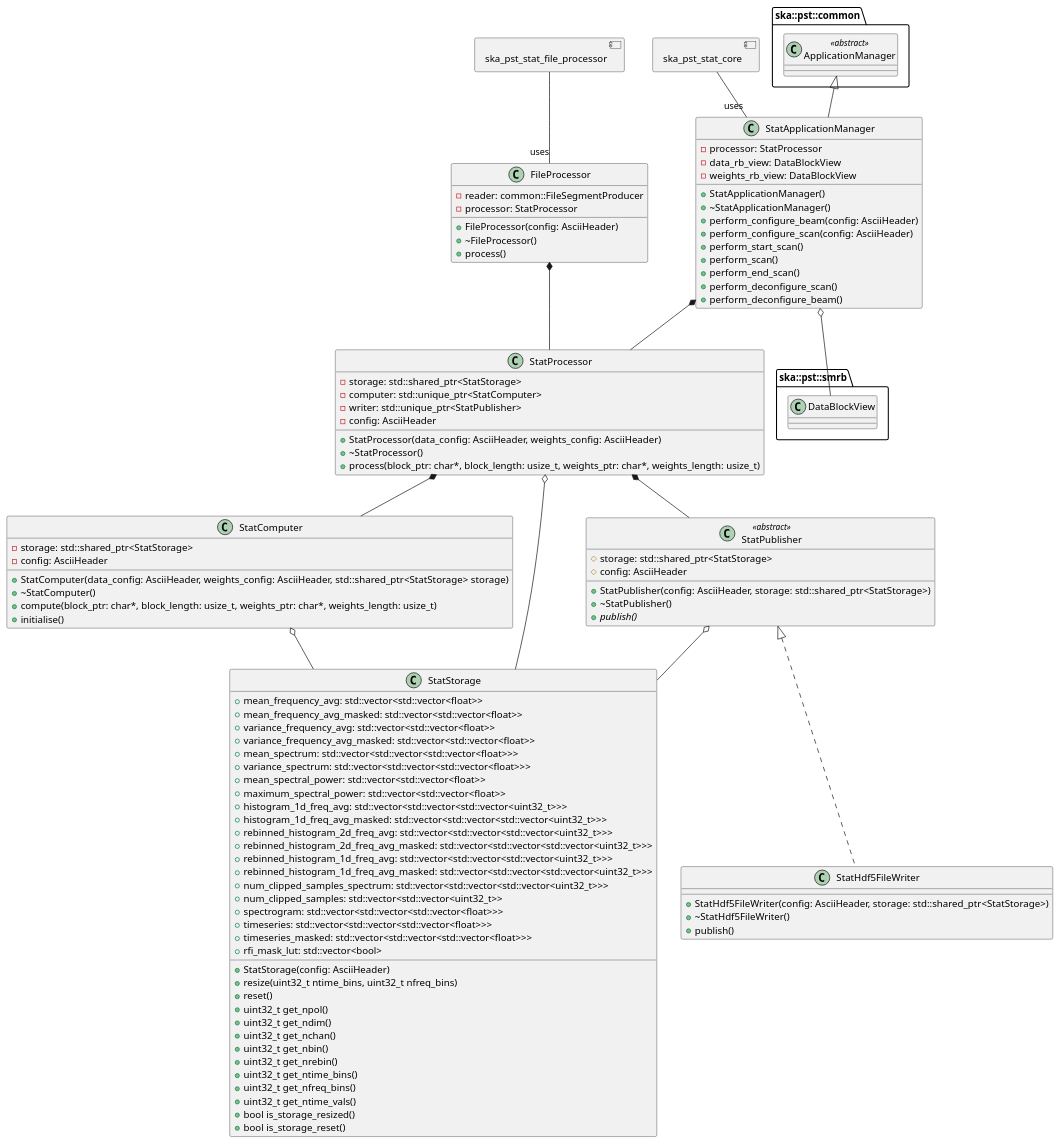
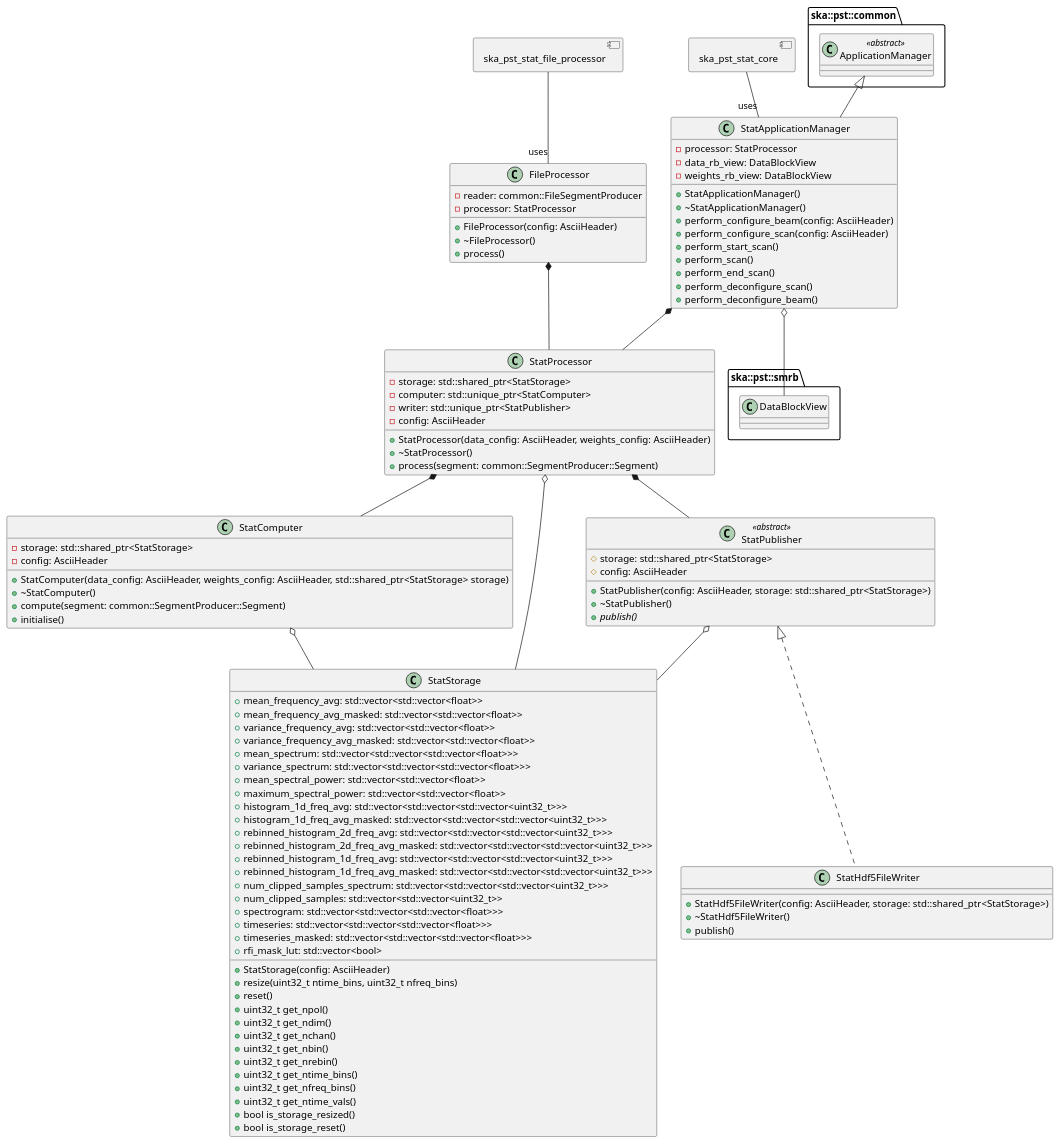
Before and after one commit to ska-telescope/ska-pst-stat: the diagram in docs/src/architecture/class_diagram.puml, drawn with PlantUML. The commit also changed 2 other files, not shown here.

Commit message:
AT3-517 document that StatComputer and StatProcessor now use SegmentProducer::Segment

```diff
--- a/docs/src/architecture/class_diagram.puml
+++ b/docs/src/architecture/class_diagram.puml
@@ -1,121 +1,121 @@
 @startuml PST Stat Class Diagram
 allow_mixing
 
 package ska::pst::common {
   class ApplicationManager <<abstract>>
 
 }
 package ska::pst::smrb {
   class DataBlockView
 }
 
 class StatApplicationManager {
   + StatApplicationManager()
   + ~StatApplicationManager()
   + perform_configure_beam(config: AsciiHeader)
   + perform_configure_scan(config: AsciiHeader)
   + perform_start_scan()
   + perform_scan()
   + perform_end_scan()
   + perform_deconfigure_scan()
   + perform_deconfigure_beam()
   - processor: StatProcessor
   - data_rb_view: DataBlockView
   - weights_rb_view: DataBlockView
 }
 
 class FileProcessor {
   + FileProcessor(config: AsciiHeader)
   + ~FileProcessor()
   + process()
   - reader: common::FileSegmentProducer
   - processor: StatProcessor
 }
 
 class StatProcessor {
   + StatProcessor(data_config: AsciiHeader, weights_config: AsciiHeader)
   + ~StatProcessor()
-  + process(block_ptr: char*, block_length: usize_t, weights_ptr: char*, weights_length: usize_t)
+  + process(segment: common::SegmentProducer::Segment)
   - storage: std::shared_ptr<StatStorage>
   - computer: std::unique_ptr<StatComputer>
   - writer: std::unique_ptr<StatPublisher>
   - config: AsciiHeader
 }
 
 class StatComputer {
   + StatComputer(data_config: AsciiHeader, weights_config: AsciiHeader, std::shared_ptr<StatStorage> storage)
   + ~StatComputer()
-  + compute(block_ptr: char*, block_length: usize_t, weights_ptr: char*, weights_length: usize_t)
+  + compute(segment: common::SegmentProducer::Segment)
   + initialise()
   - storage: std::shared_ptr<StatStorage>
   - config: AsciiHeader
 }
 
 class StatStorage {
   + StatStorage(config: AsciiHeader)
   + resize(uint32_t ntime_bins, uint32_t nfreq_bins)
   + reset()
   + uint32_t get_npol()
   + uint32_t get_ndim()
   + uint32_t get_nchan()
   + uint32_t get_nbin()
   + uint32_t get_nrebin()
   + uint32_t get_ntime_bins()
   + uint32_t get_nfreq_bins()
   + uint32_t get_ntime_vals()
   + bool is_storage_resized()
   + bool is_storage_reset()
   + mean_frequency_avg: std::vector<std::vector<float>>
   + mean_frequency_avg_masked: std::vector<std::vector<float>>
   + variance_frequency_avg: std::vector<std::vector<float>>
   + variance_frequency_avg_masked: std::vector<std::vector<float>>
   + mean_spectrum: std::vector<std::vector<std::vector<float>>>
   + variance_spectrum: std::vector<std::vector<std::vector<float>>>
   + mean_spectral_power: std::vector<std::vector<float>>
   + maximum_spectral_power: std::vector<std::vector<float>>
   + histogram_1d_freq_avg: std::vector<std::vector<std::vector<uint32_t>>>
   + histogram_1d_freq_avg_masked: std::vector<std::vector<std::vector<uint32_t>>>
   + rebinned_histogram_2d_freq_avg: std::vector<std::vector<std::vector<uint32_t>>>
   + rebinned_histogram_2d_freq_avg_masked: std::vector<std::vector<std::vector<uint32_t>>>
   + rebinned_histogram_1d_freq_avg: std::vector<std::vector<std::vector<uint32_t>>>
   + rebinned_histogram_1d_freq_avg_masked: std::vector<std::vector<std::vector<uint32_t>>>
   + num_clipped_samples_spectrum: std::vector<std::vector<std::vector<uint32_t>>>
   + num_clipped_samples: std::vector<std::vector<uint32_t>>
   + spectrogram: std::vector<std::vector<std::vector<float>>>
   + timeseries: std::vector<std::vector<std::vector<float>>>
   + timeseries_masked: std::vector<std::vector<std::vector<float>>>
   + rfi_mask_lut: std::vector<bool>
 }
 
 class StatPublisher <<abstract>> {
   # storage: std::shared_ptr<StatStorage>
   # config: AsciiHeader
   + StatPublisher(config: AsciiHeader, storage: std::shared_ptr<StatStorage>)
   + ~StatPublisher()
   {abstract} + publish()
 }
 
 class StatHdf5FileWriter implements StatPublisher {
   + StatHdf5FileWriter(config: AsciiHeader, storage: std::shared_ptr<StatStorage>)
   + ~StatHdf5FileWriter()
   + publish()
 }
 
 StatProcessor *-- StatComputer
 StatProcessor *-- StatPublisher
 StatProcessor o-- StatStorage
 StatComputer o-- StatStorage
 StatPublisher o-- StatStorage
 
 ApplicationManager <|-- StatApplicationManager
 StatApplicationManager o-- DataBlockView
 StatApplicationManager *-- StatProcessor
 
 FileProcessor *-- StatProcessor
 
 component ska_pst_stat_core
 ska_pst_stat_core -- "uses" StatApplicationManager
 component ska_pst_stat_file_processor
 ska_pst_stat_file_processor -- "uses" FileProcessor
 
 @enduml
```
